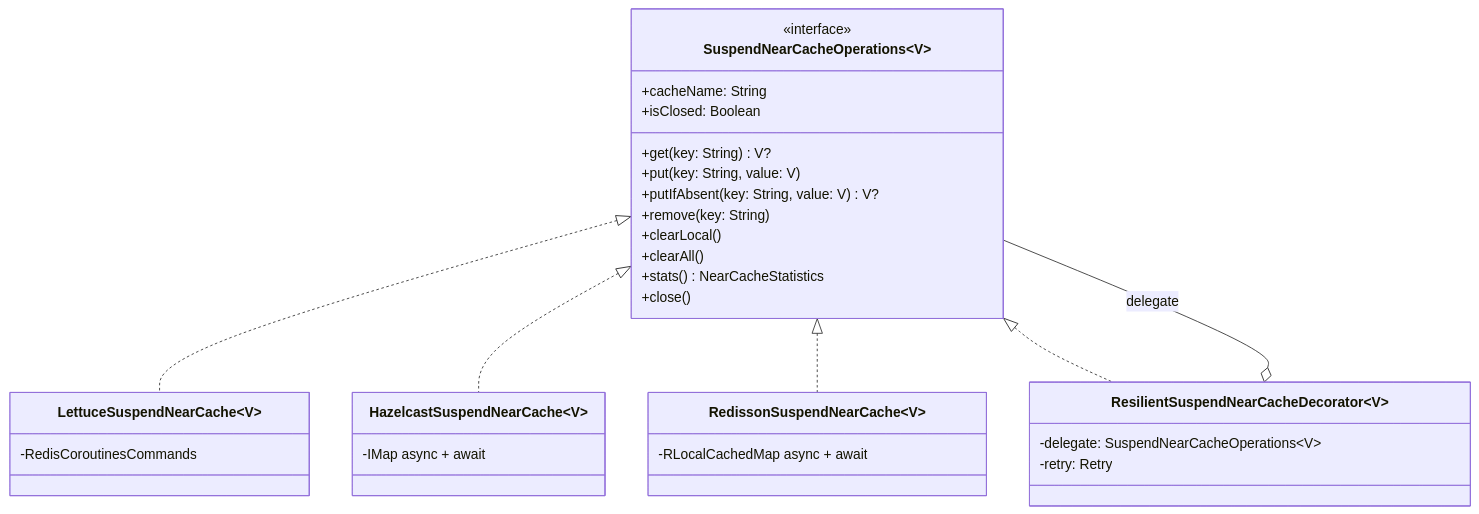
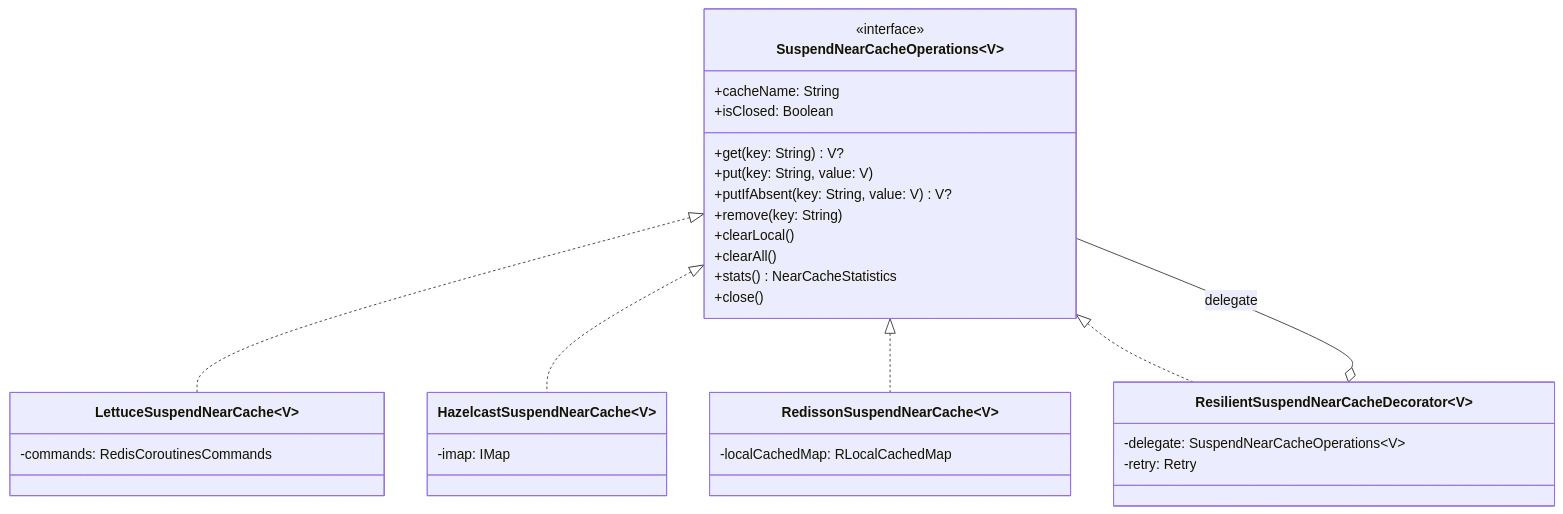
Before and after one commit to bluetape4k/bluetape4k-projects: the fourth of 7 diagrams in infra/cache-core/README.md, drawn with Mermaid. The commit also changed other lines of this file and 37 other files, not shown here.

````diff
--- a/infra/cache-core/README.md
+++ b/infra/cache-core/README.md
@@ -99,39 +143,39 @@
 ```mermaid
 classDiagram
     class SuspendNearCacheOperations~V~ {
         <<interface>>
         +cacheName: String
         +isClosed: Boolean
         +get(key: String) V?
         +put(key: String, value: V)
         +putIfAbsent(key: String, value: V) V?
         +remove(key: String)
         +clearLocal()
         +clearAll()
         +stats() NearCacheStatistics
         +close()
     }
 
     class ResilientSuspendNearCacheDecorator~V~ {
         -delegate: SuspendNearCacheOperations~V~
         -retry: Retry
     }
 
     class LettuceSuspendNearCache~V~ {
-        -RedisCoroutinesCommands
+        -commands: RedisCoroutinesCommands
     }
 
     class HazelcastSuspendNearCache~V~ {
-        -IMap async + await
+        -imap: IMap
     }
 
     class RedissonSuspendNearCache~V~ {
-        -RLocalCachedMap async + await
+        -localCachedMap: RLocalCachedMap
     }
 
     SuspendNearCacheOperations <|.. LettuceSuspendNearCache
     SuspendNearCacheOperations <|.. HazelcastSuspendNearCache
     SuspendNearCacheOperations <|.. RedissonSuspendNearCache
     SuspendNearCacheOperations <|.. ResilientSuspendNearCacheDecorator
     SuspendNearCacheOperations --o ResilientSuspendNearCacheDecorator : delegate
 ```
````
